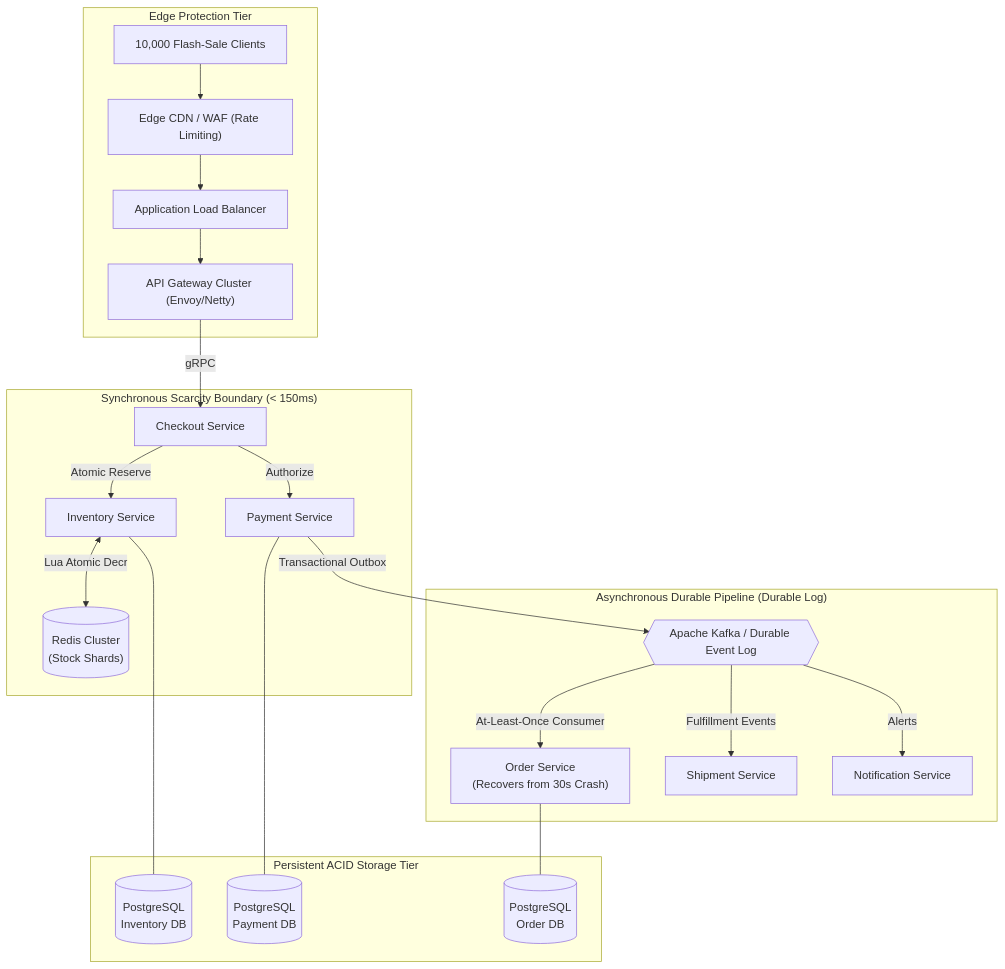
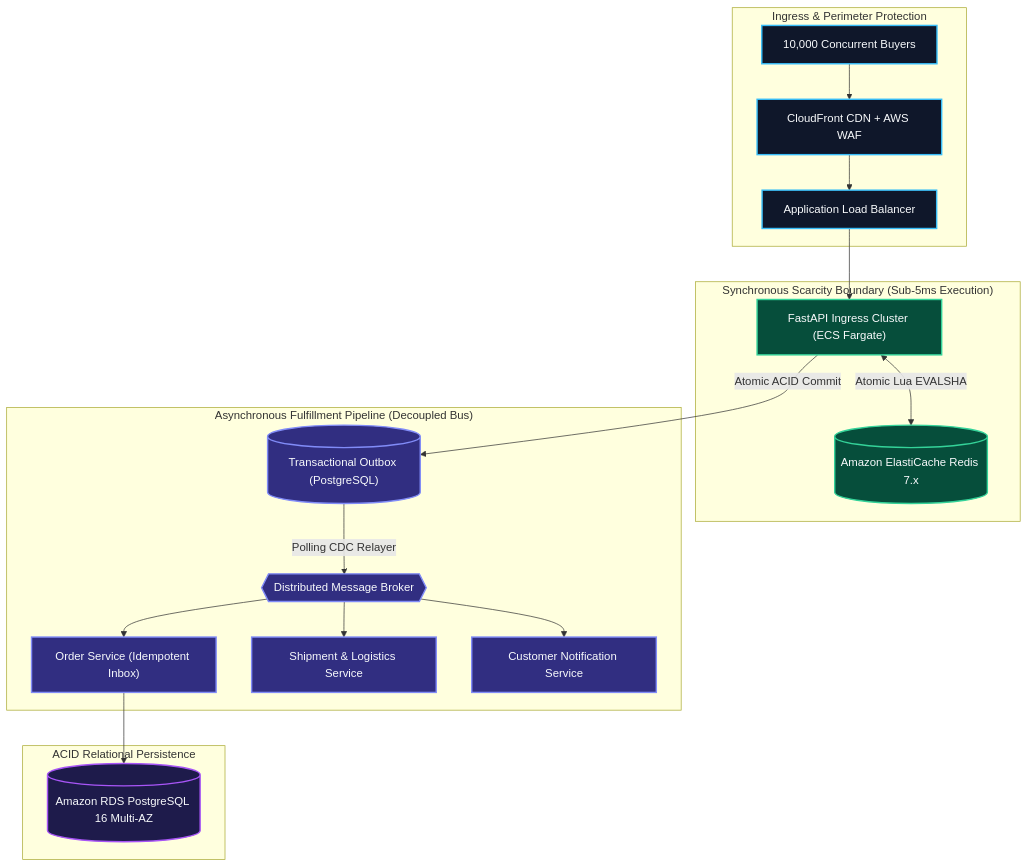
One commit to Nithish-1622/Syscrafters_System_Design changed the first of 5 diagrams in README.md. Above: the diagram before and after it, drawn with Mermaid. The commit also changed other lines of this file and 4 other files, not shown here.

````diff
--- a/README.md
+++ b/README.md
@@ -76,28 +77,34 @@
 ```mermaid
-flowchart TB
-    subgraph Ingress ["Edge Protection Tier"]
-        Users["10,000 Flash-Sale Clients"] --> CDN["Edge CDN / WAF (Rate Limiting)"]
-        CDN --> ALB["Application Load Balancer"]
-        ALB --> APIGW["API Gateway Cluster (Envoy/Netty)"]
+flowchart TD
+    subgraph IngressTier ["Ingress & Perimeter Protection"]
+        Clients["10,000 Concurrent Buyers"] --> WAF["CloudFront CDN + AWS WAF"]
+        WAF --> ALB["Application Load Balancer"]
     end
 
-    subgraph SyncTier ["Synchronous Scarcity Boundary (< 150ms)"]
-        APIGW -->|"gRPC"| CheckSvc["Checkout Service"]
-        CheckSvc -->|"Atomic Reserve"| InvSvc["Inventory Service"]
-        InvSvc <-->|"Lua Atomic Decr"| RedisCluster[("Redis Cluster\n(Stock Shards)")]
-        CheckSvc -->|"Authorize"| PaySvc["Payment Service"]
+    subgraph SyncTier ["Synchronous Scarcity Boundary (Sub-5ms Execution)"]
+        ALB --> APIGW["FastAPI Ingress Cluster (ECS Fargate)"]
+        APIGW <-->|"Atomic Lua EVALSHA"| Redis[("Amazon ElastiCache Redis 7.x")]
     end
 
-    subgraph AsyncTier ["Asynchronous Durable Pipeline (Durable Log)"]
-        PaySvc -->|"Transactional Outbox"| Kafka{{"Apache Kafka / Durable Event Log"}}
-        Kafka -->|"At-Least-Once Consumer"| OrdSvc["Order Service\n(Recovers from 30s Crash)"]
-        Kafka -->|"Fulfillment Events"| ShipSvc["Shipment Service"]
-        Kafka -->|"Alerts"| NotifSvc["Notification Service"]
+    subgraph AsyncTier ["Asynchronous Fulfillment Pipeline (Decoupled Bus)"]
+        APIGW -->|"Atomic ACID Commit"| Outbox[("Transactional Outbox (PostgreSQL)")]
+        Outbox -->|"Polling CDC Relayer"| MsgBroker{{"Distributed Message Broker"}}
+        MsgBroker --> OrderSvc["Order Service (Idempotent Inbox)"]
+        MsgBroker --> ShipSvc["Shipment & Logistics Service"]
+        MsgBroker --> NotifSvc["Customer Notification Service"]
     end
 
-    subgraph Storage ["Persistent ACID Storage Tier"]
-        InvSvc --- DB_Inv[("PostgreSQL\nInventory DB")]
-        PaySvc --- DB_Pay[("PostgreSQL\nPayment DB")]
-        OrdSvc --- DB_Ord[("PostgreSQL\nOrder DB")]
+    subgraph StorageTier ["ACID Relational Persistence"]
+        OrderSvc --> RDS[("Amazon RDS PostgreSQL 16 Multi-AZ")]
     end
+
+    classDef edge fill:#0f172a,stroke:#38bdf8,stroke-width:2px,color:#f8fafc;
+    classDef sync fill:#064e3b,stroke:#34d399,stroke-width:2px,color:#f8fafc;
+    classDef async fill:#312e81,stroke:#818cf8,stroke-width:2px,color:#f8fafc;
+    classDef storage fill:#1e1b4b,stroke:#a855f7,stroke-width:2px,color:#f8fafc;
+
+    class Clients,WAF,ALB edge;
+    class APIGW,Redis sync;
+    class Outbox,MsgBroker,OrderSvc,ShipSvc,NotifSvc async;
+    class RDS storage;
 ```
````
